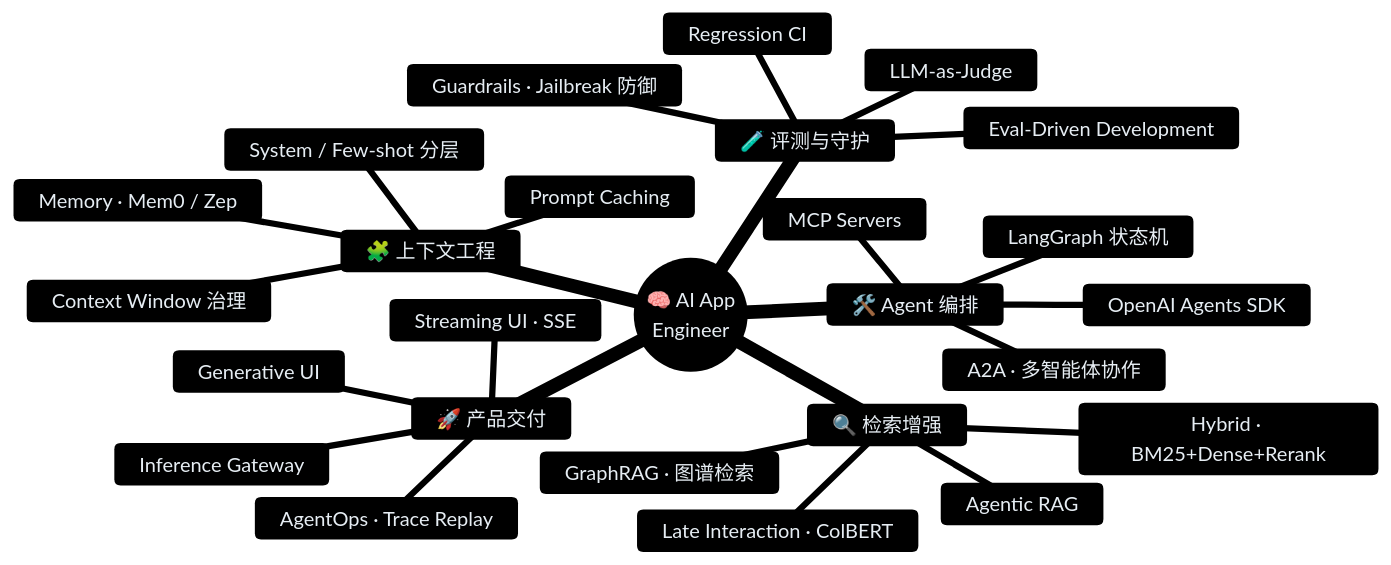
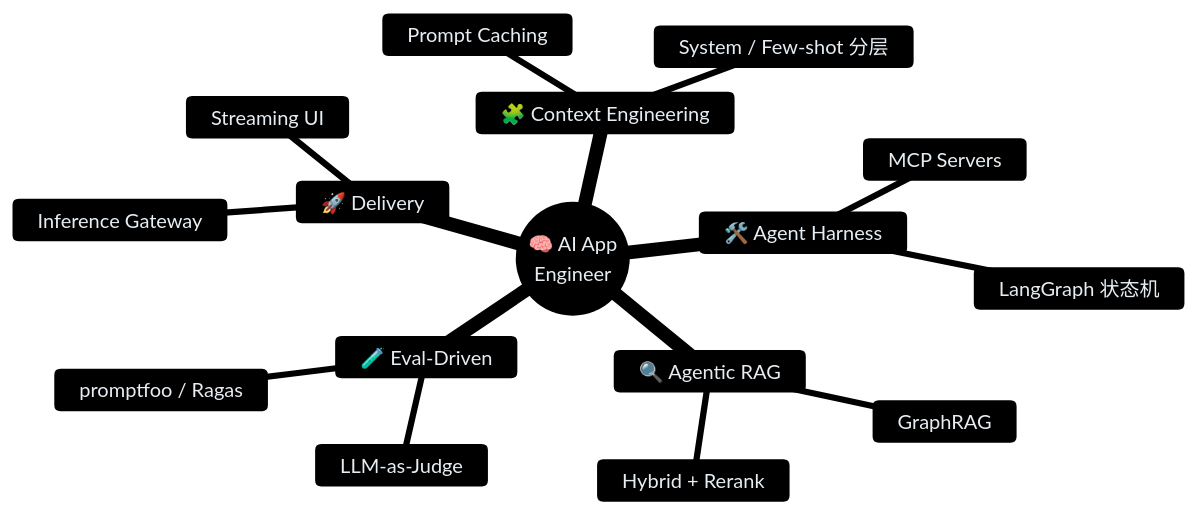
One commit to PrescottClub/PrescottClub changed the diagram in README.md. Above: the diagram before and after it, drawn with Mermaid. The commit also changed other lines of this file, not shown here.

````diff
--- a/README.md
+++ b/README.md
@@ -102,30 +42,20 @@
 ```mermaid
 %%{init: {'theme':'base', 'themeVariables': {'primaryColor':'#1F2937','primaryTextColor':'#E6EDF3','primaryBorderColor':'#7C3AED','lineColor':'#22D3EE','secondaryColor':'#0D1117','tertiaryColor':'#0D1117','fontFamily':'JetBrains Mono'}}}%%
 mindmap
   root((🧠 AI App<br/>Engineer))
-    🧩 上下文工程
-      Context Window 治理
+    🧩 Context Engineering
       Prompt Caching
       System / Few-shot 分层
-      Memory · Mem0 / Zep
-    🛠️ Agent 编排
+    🛠️ Agent Harness
       LangGraph 状态机
-      OpenAI Agents SDK
       MCP Servers
-      A2A · 多智能体协作
-    🔍 检索增强
-      Agentic RAG
-      GraphRAG · 图谱检索
-      Hybrid · BM25+Dense+Rerank
-      Late Interaction · ColBERT
-    🧪 评测与守护
-      Eval-Driven Development
+    🔍 Agentic RAG
+      GraphRAG
+      Hybrid + Rerank
+    🧪 Eval-Driven
+      promptfoo / Ragas
       LLM-as-Judge
-      Guardrails · Jailbreak 防御
-      Regression CI
-    🚀 产品交付
-      Streaming UI · SSE
-      Generative UI
+    🚀 Delivery
+      Streaming UI
       Inference Gateway
-      AgentOps · Trace Replay
 ```
````
